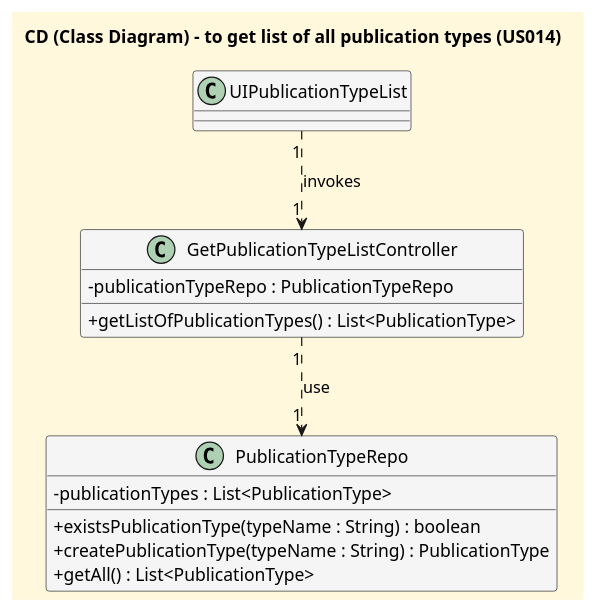
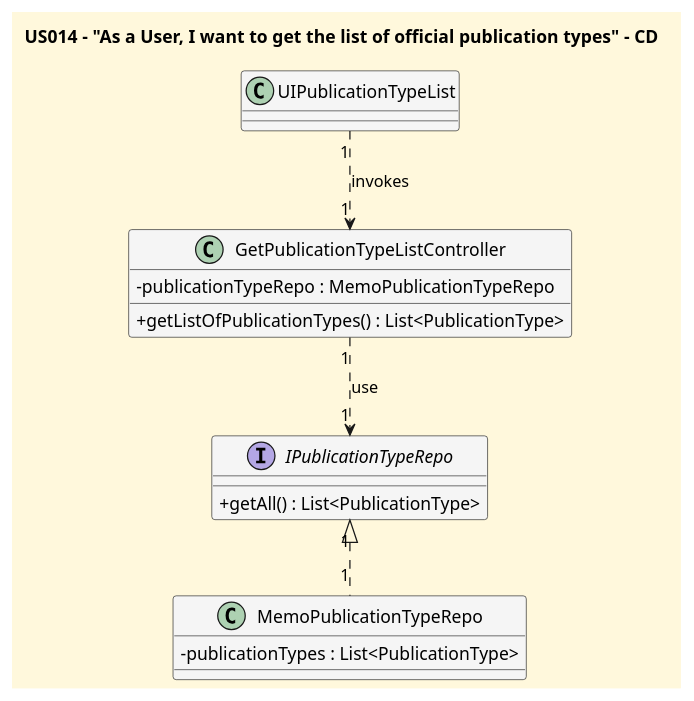
Before and after one commit to CarolinaLeite-collab/JavaMarketplacePlatform: the diagram in docs/userStories/US014/US014_get_all_publication_types_CD.puml, drawn with PlantUML. The commit also changed 1 other file, not shown here.

```diff
--- a/docs/userStories/US014/US014_get_all_publication_types_CD.puml
+++ b/docs/userStories/US014/US014_get_all_publication_types_CD.puml
@@ -1,30 +1,31 @@
 @startuml
 
-title CD (Class Diagram) - to get list of all publication types (US014)
+title US014 - "As a User, I want to get the list of official publication types" - CD
 
 skinparam monochrome false
 skinparam shadowing false
 skinparam defaultFontName Futura
 skinparam backgroundColor CornSilk
 skinparam classBackgroundColor WhiteSmoke
 skinparam classAttributeIconSize 0
 
 class UIPublicationTypeList {
 }
 
 class GetPublicationTypeListController {
-    - publicationTypeRepo : PublicationTypeRepo
+    - publicationTypeRepo : MemoPublicationTypeRepo
     + getListOfPublicationTypes() : List<PublicationType>
 }
 
-class PublicationTypeRepo {
+interface IPublicationTypeRepo {
++ getAll() : List<PublicationType>
+}
+
+class MemoPublicationTypeRepo {
     - publicationTypes : List<PublicationType>
-    + existsPublicationType(typeName : String) : boolean
-    + createPublicationType(typeName : String) : PublicationType
-    + getAll() : List<PublicationType>
 }
 
 UIPublicationTypeList "1" ..> "1" GetPublicationTypeListController : invokes
-GetPublicationTypeListController "1" ..> "1" PublicationTypeRepo : use
-
+GetPublicationTypeListController "1" ..> "1" IPublicationTypeRepo : use
+IPublicationTypeRepo "1" <|.. "1" MemoPublicationTypeRepo
 @enduml
```
